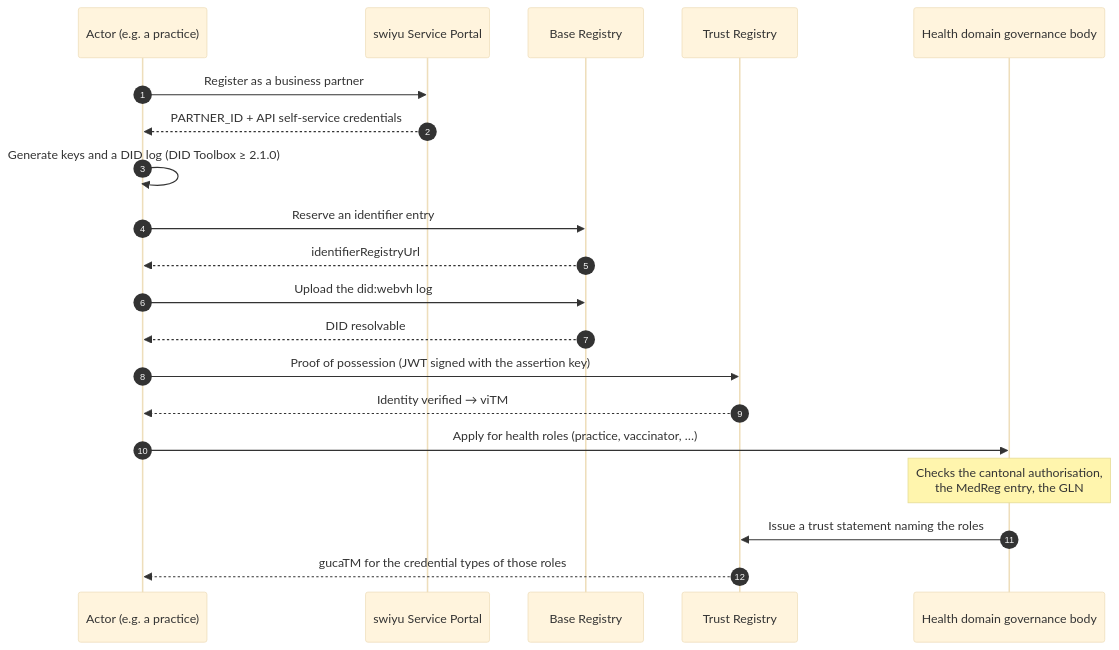
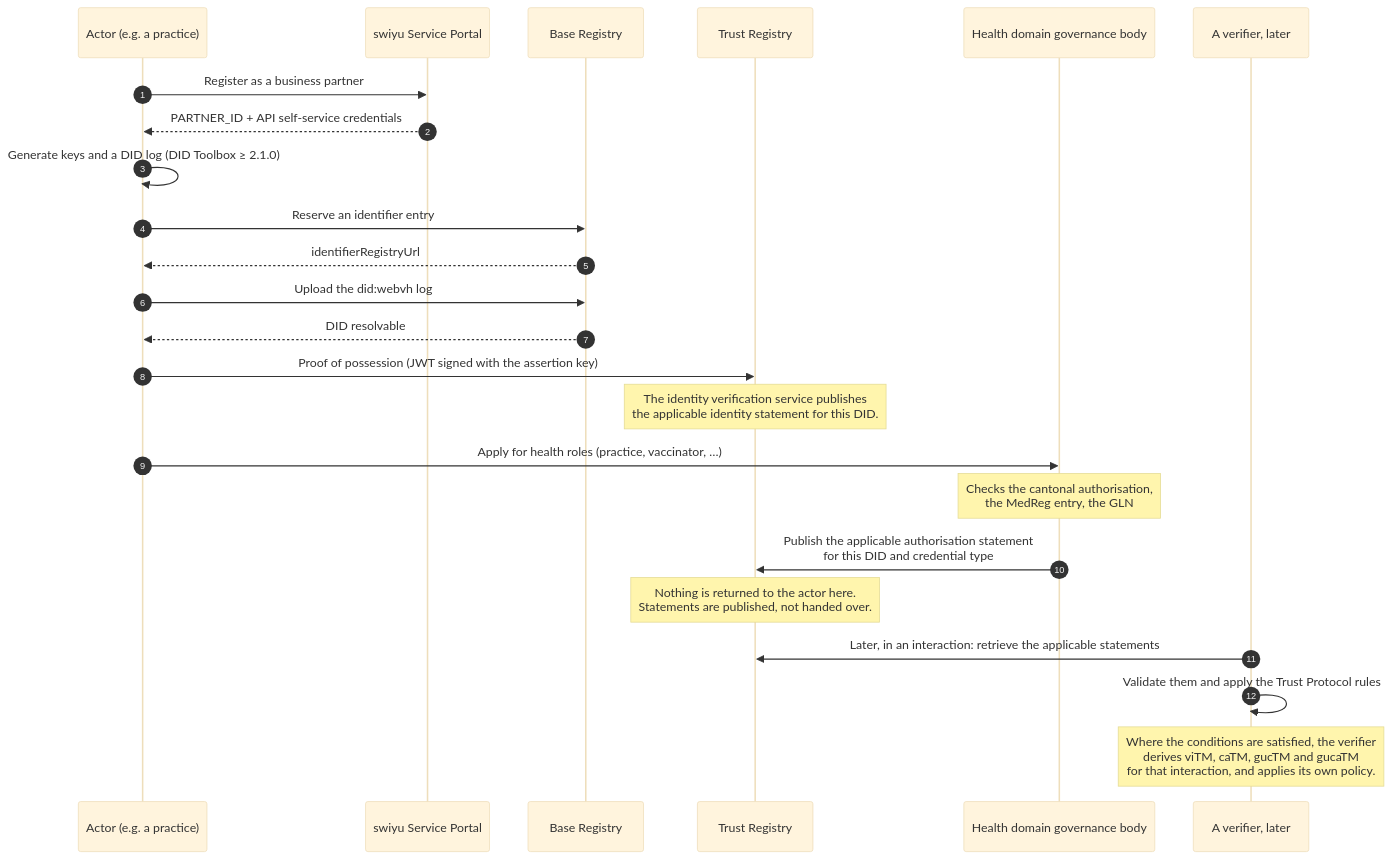
One commit to Accelerate-GmbH/digital-health-swiyu-vaccination changed the diagram in flows/F-01-actor-onboarding.md. Above: the diagram before and after it, drawn with Mermaid (base theme). The commit also changed other lines of this file and 15 other files, not shown here.

First line of the commit message:
Separate published statements from derived trust markers

````diff
--- a/flows/F-01-actor-onboarding.md
+++ b/flows/F-01-actor-onboarding.md
@@ -54,23 +54,27 @@
 ```mermaid
 sequenceDiagram
     autonumber
     participant A as Actor (e.g. a practice)
     participant SP as swiyu Service Portal
     participant BR as Base Registry
     participant TR as Trust Registry
     participant HG as Health domain governance body
+    participant V as A verifier, later
 
     A->>SP: Register as a business partner
     SP-->>A: PARTNER_ID + API self-service credentials
     A->>A: Generate keys and a DID log (DID Toolbox ≥ 2.1.0)
     A->>BR: Reserve an identifier entry
     BR-->>A: identifierRegistryUrl
     A->>BR: Upload the did:webvh log
     BR-->>A: DID resolvable
     A->>TR: Proof of possession (JWT signed with the assertion key)
-    TR-->>A: Identity verified → viTM
+    Note over TR: The identity verification service publishes<br/>the applicable identity statement for this DID.
     A->>HG: Apply for health roles (practice, vaccinator, …)
     Note over HG: Checks the cantonal authorisation,<br/>the MedReg entry, the GLN
-    HG->>TR: Issue a trust statement naming the roles
-    TR-->>A: gucaTM for the credential types of those roles
+    HG->>TR: Publish the applicable authorisation statement<br/>for this DID and credential type
+    Note over TR: Nothing is returned to the actor here.<br/>Statements are published, not handed over.
+    V->>TR: Later, in an interaction: retrieve the applicable statements
+    V->>V: Validate them and apply the Trust Protocol rules
+    Note over V: Where the conditions are satisfied, the verifier<br/>derives viTM, caTM, gucTM and gucaTM<br/>for that interaction, and applies its own policy.
 ```
````
